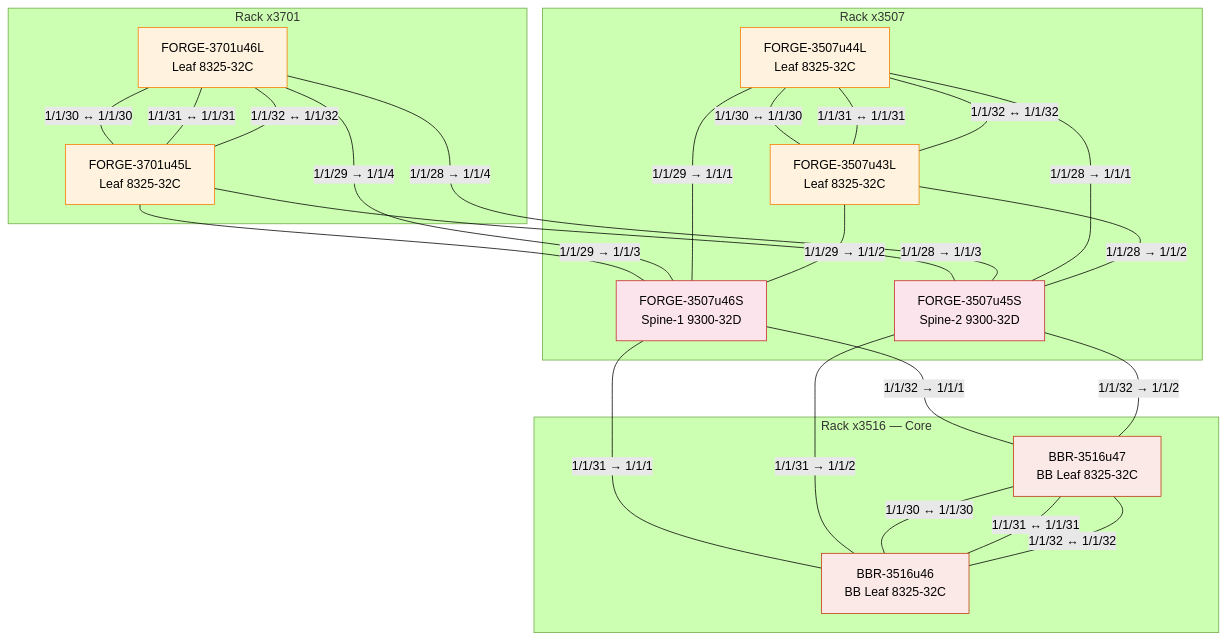
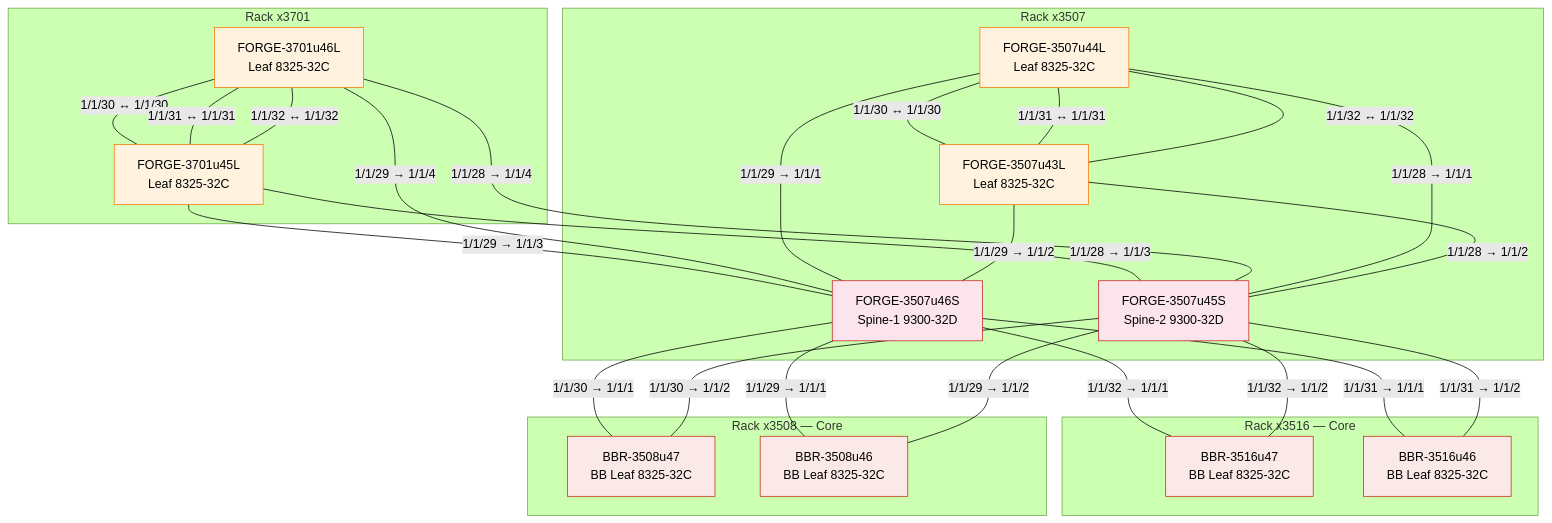
One commit to Cray-HPE/cani changed the second of 2 diagrams in gnv2.md. Above: the diagram before and after it, drawn with Mermaid (forest theme). The commit also changed other lines of this file and 1 other file, not shown here.

Commit message:
Adding rack 3508 to cabling instructions

````diff
--- a/gnv2.md
+++ b/gnv2.md
@@ -117,56 +117,63 @@
 ```mermaid
 graph TB
     classDef leaf fill:#fff3e0,stroke:#f57c00,color:#000
     classDef spine fill:#fce4ec,stroke:#c62828,color:#000
     classDef bbleaf fill:#fbe9e7,stroke:#bf360c,color:#000
 
     subgraph x3701["Rack x3701"]
         FORGE3701u46L["FORGE-3701u46L<br/>Leaf 8325-32C"]:::leaf
         FORGE3701u45L["FORGE-3701u45L<br/>Leaf 8325-32C"]:::leaf
     end
 
     subgraph x3507["Rack x3507"]
         FORGE3507u46S["FORGE-3507u46S<br/>Spine-1 9300-32D"]:::spine
         FORGE3507u45S["FORGE-3507u45S<br/>Spine-2 9300-32D"]:::spine
         FORGE3507u44L["FORGE-3507u44L<br/>Leaf 8325-32C"]:::leaf
         FORGE3507u43L["FORGE-3507u43L<br/>Leaf 8325-32C"]:::leaf
     end
 
     subgraph x3516["Rack x3516 — Core"]
         BBR47L["BBR-3516u47<br/>BB Leaf 8325-32C"]:::bbleaf
         BBR46L["BBR-3516u46<br/>BB Leaf 8325-32C"]:::bbleaf
+    end
+
+    subgraph x3508["Rack x3508 — Core"]
+        BBR3508u47["BBR-3508u47<br/>BB Leaf 8325-32C"]:::bbleaf
+        BBR3508u46["BBR-3508u46<br/>BB Leaf 8325-32C"]:::bbleaf
     end
 
     %% ── x3701 leaves → x3507 spines ──
     FORGE3701u45L -- "1/1/29 → 1/1/3" --- FORGE3507u46S
     FORGE3701u45L -- "1/1/28 → 1/1/3" --- FORGE3507u45S
     FORGE3701u46L -- "1/1/29 → 1/1/4" --- FORGE3507u46S
     FORGE3701u46L -- "1/1/28 → 1/1/4" --- FORGE3507u45S
 
     %% ── x3701 ISL: u46L ↔ u45L (VSX) ──
     FORGE3701u46L -- "1/1/30 ↔ 1/1/30" --- FORGE3701u45L
     FORGE3701u46L -- "1/1/31 ↔ 1/1/31" --- FORGE3701u45L
     FORGE3701u46L -- "1/1/32 ↔ 1/1/32" --- FORGE3701u45L
 
     %% ── x3507 leaves → local spines ──
     FORGE3507u44L -- "1/1/29 → 1/1/1" --- FORGE3507u46S
     FORGE3507u44L -- "1/1/28 → 1/1/1" --- FORGE3507u45S
     FORGE3507u43L -- "1/1/29 → 1/1/2" --- FORGE3507u46S
     FORGE3507u43L -- "1/1/28 → 1/1/2" --- FORGE3507u45S
 
     %% ── x3507 ISL: u44L ↔ u43L (VSX) ──
     FORGE3507u44L -- "1/1/30 ↔ 1/1/30" --- FORGE3507u43L
     FORGE3507u44L -- "1/1/31 ↔ 1/1/31" --- FORGE3507u43L
     FORGE3507u44L -- "1/1/32 ↔ 1/1/32" --- FORGE3507u43L
 
     %% ── x3507 spines → BBR backbone leaves in x3516 (cross-rack) ──
     FORGE3507u46S -- "1/1/32 → 1/1/1" --- BBR47L
     FORGE3507u46S -- "1/1/31 → 1/1/1" --- BBR46L
     FORGE3507u45S -- "1/1/32 → 1/1/2" --- BBR47L
     FORGE3507u45S -- "1/1/31 → 1/1/2" --- BBR46L
 
-    %% ── x3516 ISL: BBR u47 ↔ u46 (VSX) ──
-    BBR47L -- "1/1/30 ↔ 1/1/30" --- BBR46L
-    BBR47L -- "1/1/31 ↔ 1/1/31" --- BBR46L
-    BBR47L -- "1/1/32 ↔ 1/1/32" --- BBR46L
+    %% ── x3507 spines → BBR backbone leaves in x3508 (cross-rack) ──
+    FORGE3507u46S -- "1/1/30 → 1/1/1" --- BBR3508u47
+    FORGE3507u46S -- "1/1/29 → 1/1/1" --- BBR3508u46
+    FORGE3507u45S -- "1/1/30 → 1/1/2" --- BBR3508u47
+    FORGE3507u45S -- "1/1/29 → 1/1/2" --- BBR3508u46
+
 ```
````
